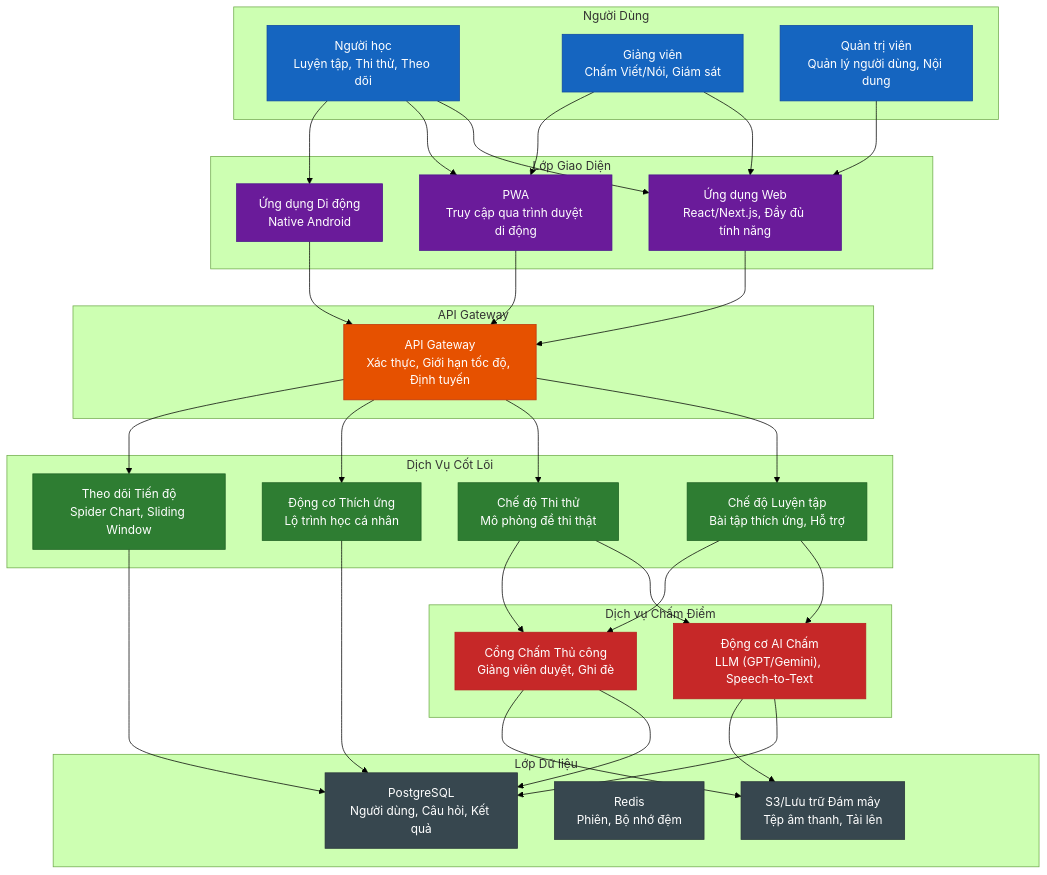
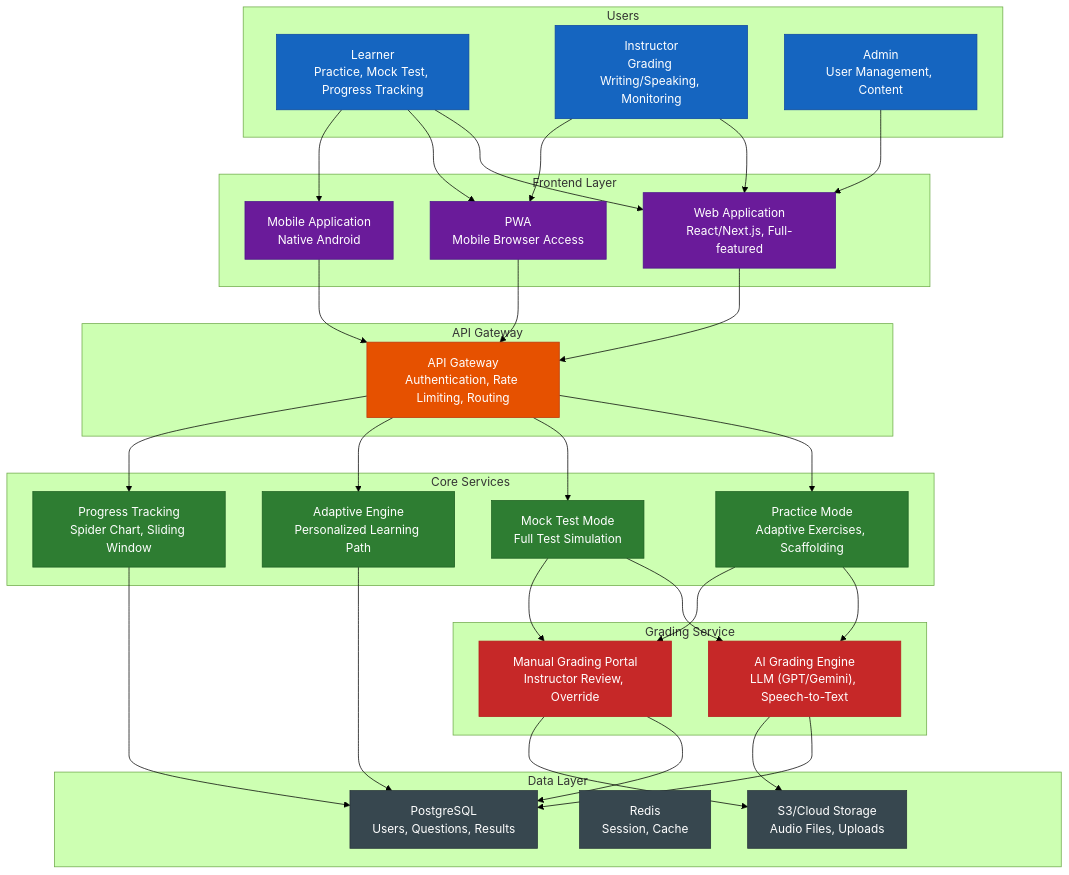
The first of 8 diagrams in docs/capstone/diagrams/flow-diagrams.vi.md (nghyane/VSTEP), drawn with Mermaid (forest theme) before and after one commit. The commit also changed other lines of this file, not shown here.

````diff
--- a/docs/capstone/diagrams/flow-diagrams.vi.md
+++ b/docs/capstone/diagrams/flow-diagrams.vi.md
@@ -5,74 +5,74 @@
 ```mermaid
 flowchart TB
-    subgraph Users ["Người Dùng"]
-        L["Người học<br/>Luyện tập, Thi thử, Theo dõi"]
-        I["Giảng viên<br/>Chấm Viết/Nói, Giám sát"]
-        A["Quản trị viên<br/>Quản lý người dùng, Nội dung"]
+    subgraph Users ["Users"]
+        L["Learner<br/>Practice, Mock Test, Progress Tracking"]
+        I["Instructor<br/>Grading Writing/Speaking, Monitoring"]
+        A["Admin<br/>User Management, Content"]
     end
 
-    subgraph Frontend ["Lớp Giao Diện"]
-        W["Ứng dụng Web<br/>React/Next.js, Đầy đủ tính năng"]
-        P["PWA<br/>Truy cập qua trình duyệt di động"]
-        M["Ứng dụng Di động<br/>Native Android"]
+    subgraph Frontend ["Frontend Layer"]
+        W["Web Application<br/>React/Next.js, Full-featured"]
+        P["PWA<br/>Mobile Browser Access"]
+        M["Mobile Application<br/>Native Android"]
     end
 
     subgraph Gateway ["API Gateway"]
-        G["API Gateway<br/>Xác thực, Giới hạn tốc độ, Định tuyến"]
+        G["API Gateway<br/>Authentication, Rate Limiting, Routing"]
     end
 
-    subgraph Core ["Dịch Vụ Cốt Lõi"]
-        PM["Chế độ Luyện tập<br/>Bài tập thích ứng, Hỗ trợ"]
-        MM["Chế độ Thi thử<br/>Mô phỏng đề thi thật"]
-        AE["Động cơ Thích ứng<br/>Lộ trình học cá nhân"]
-        PT["Theo dõi Tiến độ<br/>Spider Chart, Sliding Window"]
+    subgraph Core ["Core Services"]
+        PM["Practice Mode<br/>Adaptive Exercises, Scaffolding"]
+        MM["Mock Test Mode<br/>Full Test Simulation"]
+        AE["Adaptive Engine<br/>Personalized Learning Path"]
+        PT["Progress Tracking<br/>Spider Chart, Sliding Window"]
     end
 
-    subgraph Grading ["Dịch vụ Chấm Điểm"]
-        AI["Động cơ AI Chấm<br/>LLM (GPT/Gemini), Speech-to-Text"]
-        HG["Cổng Chấm Thủ công<br/>Giảng viên duyệt, Ghi đè"]
+    subgraph Grading ["Grading Service"]
+        AI["AI Grading Engine<br/>LLM (GPT/Gemini), Speech-to-Text"]
+        HG["Manual Grading Portal<br/>Instructor Review, Override"]
     end
 
-    subgraph Data ["Lớp Dữ liệu"]
-        DB["PostgreSQL<br/>Người dùng, Câu hỏi, Kết quả"]
-        C["Redis<br/>Phiên, Bộ nhớ đệm"]
-        F["S3/Lưu trữ Đám mây<br/>Tệp âm thanh, Tải lên"]
+    subgraph Data ["Data Layer"]
+        DB["PostgreSQL<br/>Users, Questions, Results"]
+        C["Redis<br/>Session, Cache"]
+        F["S3/Cloud Storage<br/>Audio Files, Uploads"]
     end
 
     classDef users fill:#1565c0,stroke:#0d47a1,color:#fff
     classDef frontend fill:#6a1b9a,stroke:#4a148c,color:#fff
     classDef gateway fill:#e65100,stroke:#bf360c,color:#fff
     classDef core fill:#2e7d32,stroke:#1b5e20,color:#fff
     classDef grading fill:#c62828,stroke:#b71c1c,color:#fff
     classDef data fill:#37474f,stroke:#263238,color:#fff
 
     class L,I,A users
     class W,P,M frontend
     class G gateway
     class PM,MM,AE,PT core
     class AI,HG grading
     class DB,C,F data
 
     L --> W
     L --> P
     L --> M
     I --> W
     I --> P
     A --> W
     W --> G
     P --> G
     M --> G
     G --> PM
     G --> MM
     G --> AE
     G --> PT
     PM --> AI
     MM --> AI
     MM --> HG
     PM --> HG
     AI --> DB
     HG --> DB
     AE --> DB
     PT --> DB
     AI --> F
     HG --> F
 ```
````
